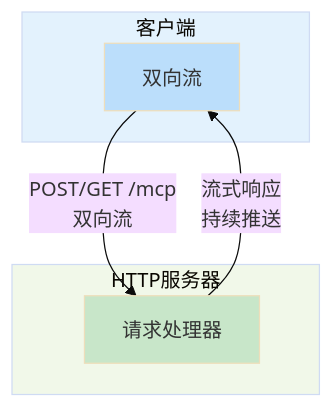
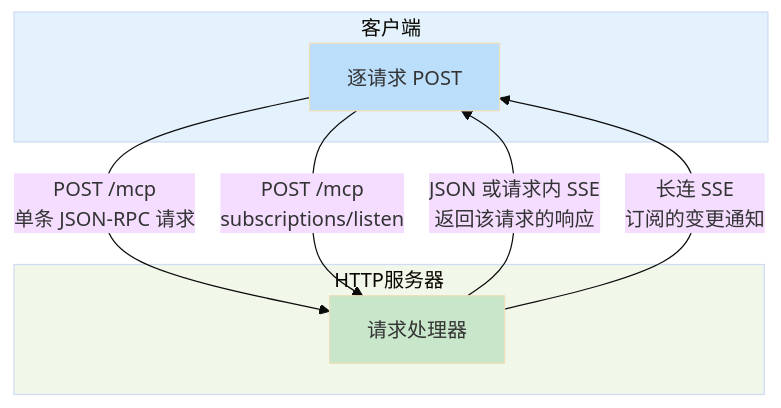
The second of 3 diagrams in 09_mcp/9.2_transport.md (yeasy/harness_engineering_guide), drawn with Mermaid (base theme) before and after one commit. The commit also changed other lines of this file and 5 other files, not shown here.

````diff
--- a/09_mcp/9.2_transport.md
+++ b/09_mcp/9.2_transport.md
@@ -194,18 +199,20 @@
 ```mermaid
 graph TB
     subgraph Client["客户端"]
-        A["双向流"]
+        A["逐请求 POST"]
     end
 
     subgraph Server["HTTP服务器"]
         B["请求处理器"]
     end
 
-    A -->|POST/GET /mcp<br/>双向流| B
-    B -->|流式响应<br/>持续推送| A
+    A -->|POST /mcp<br/>单条 JSON-RPC 请求| B
+    B -->|JSON 或请求内 SSE<br/>返回该请求的响应| A
+    A -->|POST /mcp<br/>subscriptions/listen| B
+    B -->|长连 SSE<br/>订阅的变更通知| A
 
     style Client fill:#e3f2fd
     style Server fill:#f1f8e9
     style A fill:#bbdefb
     style B fill:#c8e6c9
 ```
````
